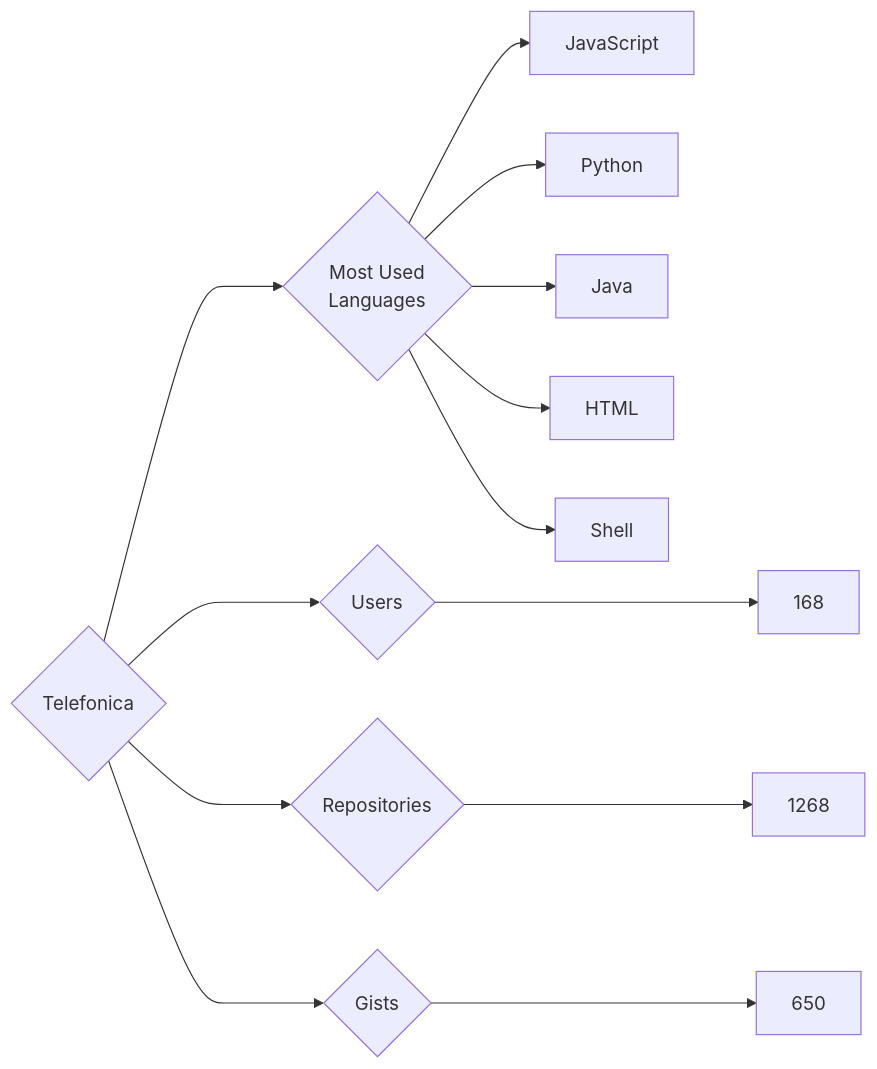
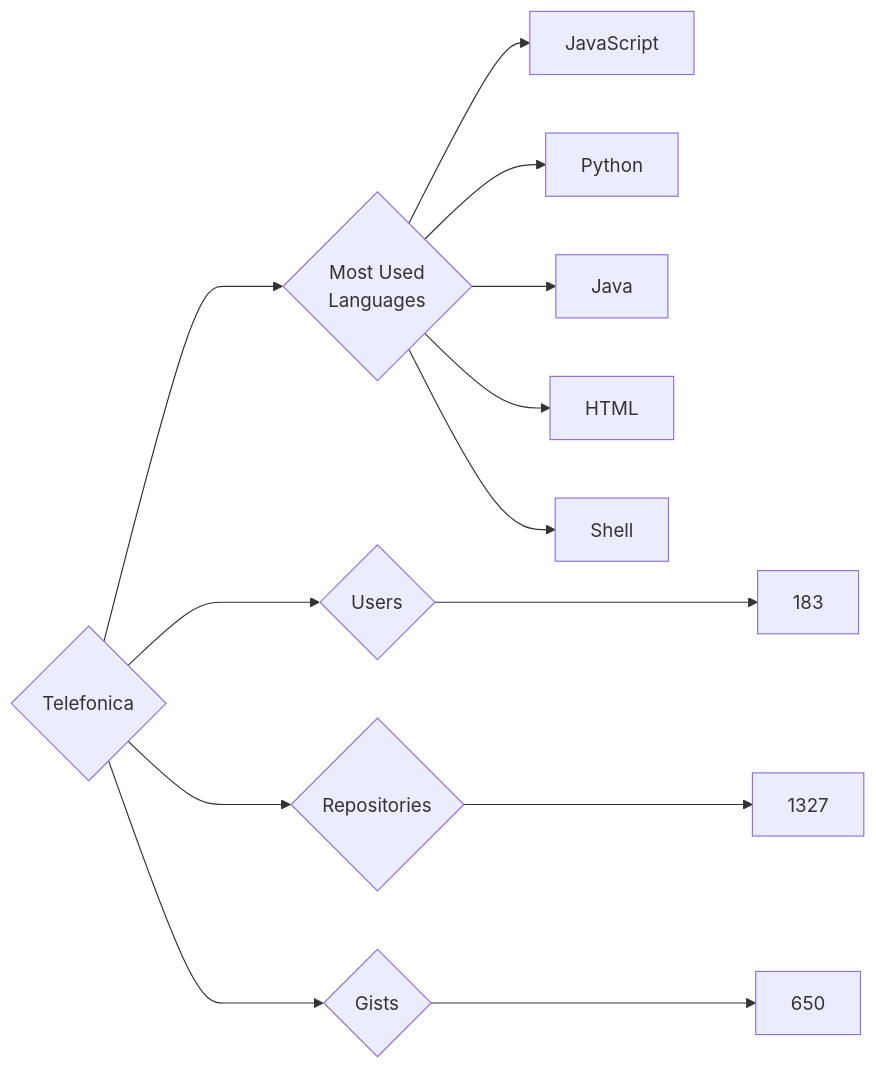
Before and after one commit to trickest/insiders: the diagram in targets/Telefonica/README.md, drawn with Mermaid. The commit also changed 681 other files, not shown here.

````diff
--- a/targets/Telefonica/README.md
+++ b/targets/Telefonica/README.md
@@ -3,13 +3,13 @@
 ```mermaid
 graph LR
 COMPANY_NAME{Telefonica}
-COMPANY_NAME ---> U{Users} ---> UN[168]
-COMPANY_NAME ---> R{Repositories} ---> RN[1268]
+COMPANY_NAME ---> U{Users} ---> UN[183]
+COMPANY_NAME ---> R{Repositories} ---> RN[1327]
 COMPANY_NAME ---> G{Gists} ---> GN[650]
 COMPANY_NAME ---> ML{Most Used<br>Languages}
 ML --> JavaScript[JavaScript]
 ML --> Python[Python]
 ML --> Java[Java]
 ML --> HTML[HTML]
 ML --> Shell[Shell]
 ```
````
